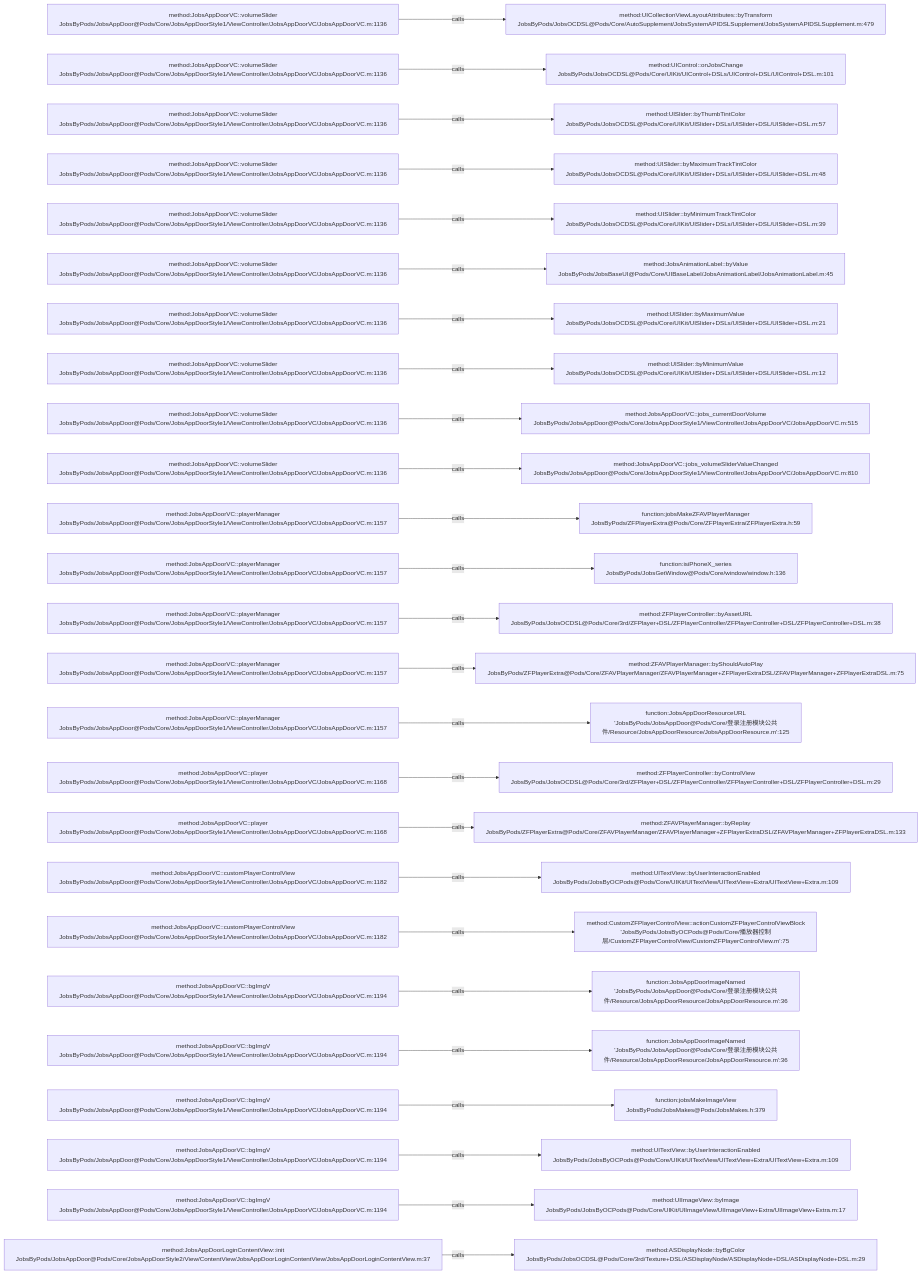
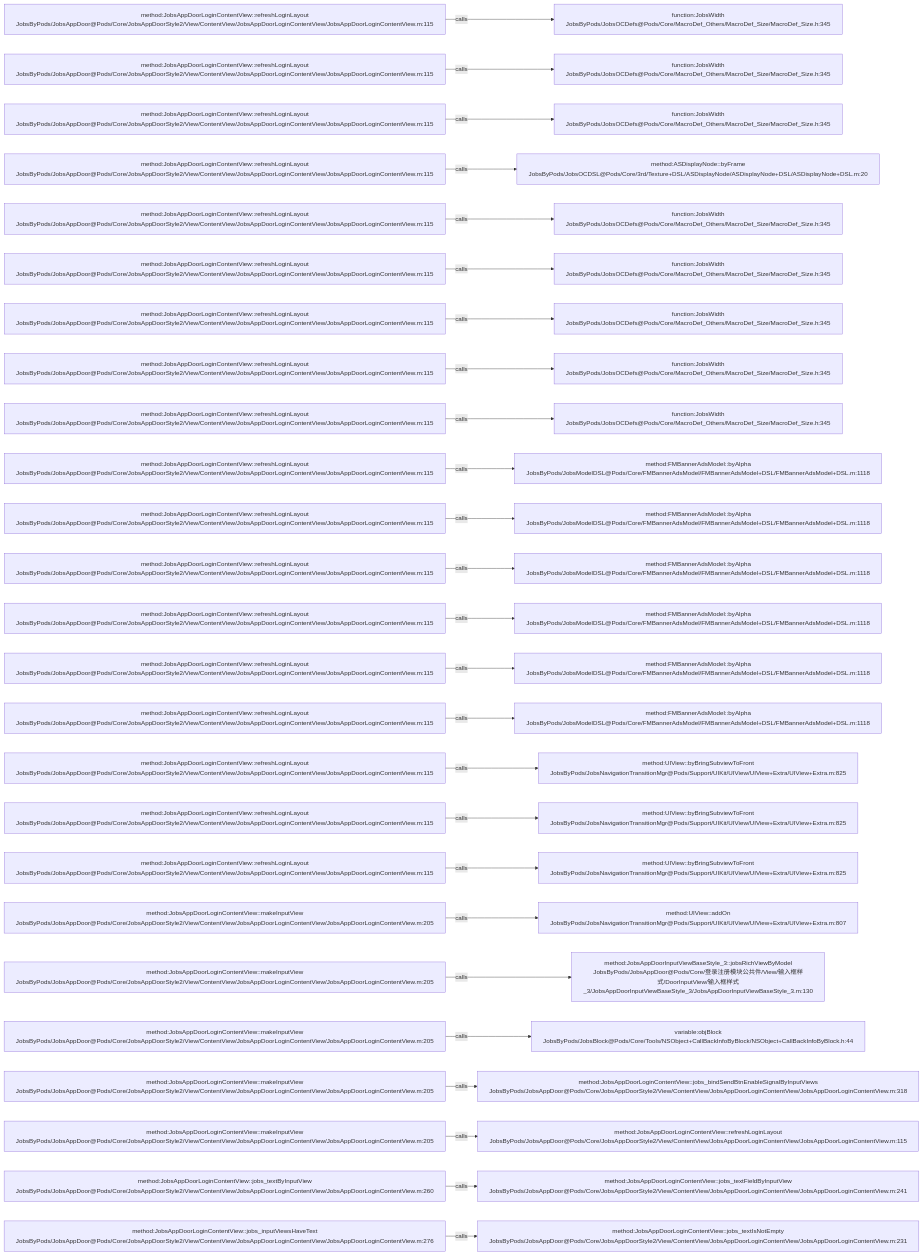
One commit to JobsKits/JobsOCBaseConfigDemo changed the diagram in .codegraph/codegraph.md/graphs/calls-119.md. Above: the diagram before and after it, drawn with Mermaid. The commit also changed 223 other files, not shown here.

````diff
--- a/.codegraph/codegraph.md/graphs/calls-119.md
+++ b/.codegraph/codegraph.md/graphs/calls-119.md
@@ -13,78 +13,78 @@
 ```mermaid
 flowchart LR
-  S1["method:JobsAppDoorVC::volumeSlider<br/>JobsByPods/JobsAppDoor@Pods/Core/JobsAppDoorStyle1/ViewController/JobsAppDoorVC/JobsAppDoorVC.m:1136"]
-  T1["method:UICollectionViewLayoutAttributes::byTransform<br/>JobsByPods/JobsOCDSL@Pods/Core/AutoSupplement/JobsSystemAPIDSLSupplement/JobsSystemAPIDSLSupplement.m:479"]
+  S1["method:JobsAppDoorLoginContentView::refreshLoginLayout<br/>JobsByPods/JobsAppDoor@Pods/Core/JobsAppDoorStyle2/View/ContentView/JobsAppDoorLoginContentView/JobsAppDoorLoginContentView.m:115"]
+  T1["function:JobsWidth<br/>JobsByPods/JobsOCDefs@Pods/Core/MacroDef_Others/MacroDef_Size/MacroDef_Size.h:345"]
   S1 -->|calls| T1
-  S2["method:JobsAppDoorVC::volumeSlider<br/>JobsByPods/JobsAppDoor@Pods/Core/JobsAppDoorStyle1/ViewController/JobsAppDoorVC/JobsAppDoorVC.m:1136"]
-  T2["method:UIControl::onJobsChange<br/>JobsByPods/JobsOCDSL@Pods/Core/UIKit/UIControl+DSLs/UIControl+DSL/UIControl+DSL.m:101"]
+  S2["method:JobsAppDoorLoginContentView::refreshLoginLayout<br/>JobsByPods/JobsAppDoor@Pods/Core/JobsAppDoorStyle2/View/ContentView/JobsAppDoorLoginContentView/JobsAppDoorLoginContentView.m:115"]
+  T2["function:JobsWidth<br/>JobsByPods/JobsOCDefs@Pods/Core/MacroDef_Others/MacroDef_Size/MacroDef_Size.h:345"]
   S2 -->|calls| T2
-  S3["method:JobsAppDoorVC::volumeSlider<br/>JobsByPods/JobsAppDoor@Pods/Core/JobsAppDoorStyle1/ViewController/JobsAppDoorVC/JobsAppDoorVC.m:1136"]
-  T3["method:UISlider::byThumbTintColor<br/>JobsByPods/JobsOCDSL@Pods/Core/UIKit/UISlider+DSLs/UISlider+DSL/UISlider+DSL.m:57"]
+  S3["method:JobsAppDoorLoginContentView::refreshLoginLayout<br/>JobsByPods/JobsAppDoor@Pods/Core/JobsAppDoorStyle2/View/ContentView/JobsAppDoorLoginContentView/JobsAppDoorLoginContentView.m:115"]
+  T3["function:JobsWidth<br/>JobsByPods/JobsOCDefs@Pods/Core/MacroDef_Others/MacroDef_Size/MacroDef_Size.h:345"]
   S3 -->|calls| T3
-  S4["method:JobsAppDoorVC::volumeSlider<br/>JobsByPods/JobsAppDoor@Pods/Core/JobsAppDoorStyle1/ViewController/JobsAppDoorVC/JobsAppDoorVC.m:1136"]
-  T4["method:UISlider::byMaximumTrackTintColor<br/>JobsByPods/JobsOCDSL@Pods/Core/UIKit/UISlider+DSLs/UISlider+DSL/UISlider+DSL.m:48"]
+  S4["method:JobsAppDoorLoginContentView::refreshLoginLayout<br/>JobsByPods/JobsAppDoor@Pods/Core/JobsAppDoorStyle2/View/ContentView/JobsAppDoorLoginContentView/JobsAppDoorLoginContentView.m:115"]
+  T4["method:ASDisplayNode::byFrame<br/>JobsByPods/JobsOCDSL@Pods/Core/3rd/Texture+DSL/ASDisplayNode/ASDisplayNode+DSL/ASDisplayNode+DSL.m:20"]
   S4 -->|calls| T4
-  S5["method:JobsAppDoorVC::volumeSlider<br/>JobsByPods/JobsAppDoor@Pods/Core/JobsAppDoorStyle1/ViewController/JobsAppDoorVC/JobsAppDoorVC.m:1136"]
-  T5["method:UISlider::byMinimumTrackTintColor<br/>JobsByPods/JobsOCDSL@Pods/Core/UIKit/UISlider+DSLs/UISlider+DSL/UISlider+DSL.m:39"]
+  S5["method:JobsAppDoorLoginContentView::refreshLoginLayout<br/>JobsByPods/JobsAppDoor@Pods/Core/JobsAppDoorStyle2/View/ContentView/JobsAppDoorLoginContentView/JobsAppDoorLoginContentView.m:115"]
+  T5["function:JobsWidth<br/>JobsByPods/JobsOCDefs@Pods/Core/MacroDef_Others/MacroDef_Size/MacroDef_Size.h:345"]
   S5 -->|calls| T5
-  S6["method:JobsAppDoorVC::volumeSlider<br/>JobsByPods/JobsAppDoor@Pods/Core/JobsAppDoorStyle1/ViewController/JobsAppDoorVC/JobsAppDoorVC.m:1136"]
-  T6["method:JobsAnimationLabel::byValue<br/>JobsByPods/JobsBaseUI@Pods/Core/UIBaseLabel/JobsAnimationLabel/JobsAnimationLabel.m:45"]
+  S6["method:JobsAppDoorLoginContentView::refreshLoginLayout<br/>JobsByPods/JobsAppDoor@Pods/Core/JobsAppDoorStyle2/View/ContentView/JobsAppDoorLoginContentView/JobsAppDoorLoginContentView.m:115"]
+  T6["function:JobsWidth<br/>JobsByPods/JobsOCDefs@Pods/Core/MacroDef_Others/MacroDef_Size/MacroDef_Size.h:345"]
   S6 -->|calls| T6
-  S7["method:JobsAppDoorVC::volumeSlider<br/>JobsByPods/JobsAppDoor@Pods/Core/JobsAppDoorStyle1/ViewController/JobsAppDoorVC/JobsAppDoorVC.m:1136"]
-  T7["method:UISlider::byMaximumValue<br/>JobsByPods/JobsOCDSL@Pods/Core/UIKit/UISlider+DSLs/UISlider+DSL/UISlider+DSL.m:21"]
+  S7["method:JobsAppDoorLoginContentView::refreshLoginLayout<br/>JobsByPods/JobsAppDoor@Pods/Core/JobsAppDoorStyle2/View/ContentView/JobsAppDoorLoginContentView/JobsAppDoorLoginContentView.m:115"]
+  T7["function:JobsWidth<br/>JobsByPods/JobsOCDefs@Pods/Core/MacroDef_Others/MacroDef_Size/MacroDef_Size.h:345"]
   S7 -->|calls| T7
-  S8["method:JobsAppDoorVC::volumeSlider<br/>JobsByPods/JobsAppDoor@Pods/Core/JobsAppDoorStyle1/ViewController/JobsAppDoorVC/JobsAppDoorVC.m:1136"]
-  T8["method:UISlider::byMinimumValue<br/>JobsByPods/JobsOCDSL@Pods/Core/UIKit/UISlider+DSLs/UISlider+DSL/UISlider+DSL.m:12"]
+  S8["method:JobsAppDoorLoginContentView::refreshLoginLayout<br/>JobsByPods/JobsAppDoor@Pods/Core/JobsAppDoorStyle2/View/ContentView/JobsAppDoorLoginContentView/JobsAppDoorLoginContentView.m:115"]
+  T8["function:JobsWidth<br/>JobsByPods/JobsOCDefs@Pods/Core/MacroDef_Others/MacroDef_Size/MacroDef_Size.h:345"]
   S8 -->|calls| T8
-  S9["method:JobsAppDoorVC::volumeSlider<br/>JobsByPods/JobsAppDoor@Pods/Core/JobsAppDoorStyle1/ViewController/JobsAppDoorVC/JobsAppDoorVC.m:1136"]
-  T9["method:JobsAppDoorVC::jobs_currentDoorVolume<br/>JobsByPods/JobsAppDoor@Pods/Core/JobsAppDoorStyle1/ViewController/JobsAppDoorVC/JobsAppDoorVC.m:515"]
+  S9["method:JobsAppDoorLoginContentView::refreshLoginLayout<br/>JobsByPods/JobsAppDoor@Pods/Core/JobsAppDoorStyle2/View/ContentView/JobsAppDoorLoginContentView/JobsAppDoorLoginContentView.m:115"]
+  T9["function:JobsWidth<br/>JobsByPods/JobsOCDefs@Pods/Core/MacroDef_Others/MacroDef_Size/MacroDef_Size.h:345"]
   S9 -->|calls| T9
-  S10["method:JobsAppDoorVC::volumeSlider<br/>JobsByPods/JobsAppDoor@Pods/Core/JobsAppDoorStyle1/ViewController/JobsAppDoorVC/JobsAppDoorVC.m:1136"]
-  T10["method:JobsAppDoorVC::jobs_volumeSliderValueChanged<br/>JobsByPods/JobsAppDoor@Pods/Core/JobsAppDoorStyle1/ViewController/JobsAppDoorVC/JobsAppDoorVC.m:810"]
+  S10["method:JobsAppDoorLoginContentView::refreshLoginLayout<br/>JobsByPods/JobsAppDoor@Pods/Core/JobsAppDoorStyle2/View/ContentView/JobsAppDoorLoginContentView/JobsAppDoorLoginContentView.m:115"]
+  T10["method:FMBannerAdsModel::byAlpha<br/>JobsByPods/JobsModelDSL@Pods/Core/FMBannerAdsModel/FMBannerAdsModel+DSL/FMBannerAdsModel+DSL.m:1118"]
   S10 -->|calls| T10
-  S11["method:JobsAppDoorVC::playerManager<br/>JobsByPods/JobsAppDoor@Pods/Core/JobsAppDoorStyle1/ViewController/JobsAppDoorVC/JobsAppDoorVC.m:1157"]
-  T11["function:jobsMakeZFAVPlayerManager<br/>JobsByPods/ZFPlayerExtra@Pods/Core/ZFPlayerExtra/ZFPlayerExtra.h:59"]
+  S11["method:JobsAppDoorLoginContentView::refreshLoginLayout<br/>JobsByPods/JobsAppDoor@Pods/Core/JobsAppDoorStyle2/View/ContentView/JobsAppDoorLoginContentView/JobsAppDoorLoginContentView.m:115"]
+  T11["method:FMBannerAdsModel::byAlpha<br/>JobsByPods/JobsModelDSL@Pods/Core/FMBannerAdsModel/FMBannerAdsModel+DSL/FMBannerAdsModel+DSL.m:1118"]
   S11 -->|calls| T11
-  S12["method:JobsAppDoorVC::playerManager<br/>JobsByPods/JobsAppDoor@Pods/Core/JobsAppDoorStyle1/ViewController/JobsAppDoorVC/JobsAppDoorVC.m:1157"]
-  T12["function:isiPhoneX_series<br/>JobsByPods/JobsGetWindow@Pods/Core/window/window.h:136"]
+  S12["method:JobsAppDoorLoginContentView::refreshLoginLayout<br/>JobsByPods/JobsAppDoor@Pods/Core/JobsAppDoorStyle2/View/ContentView/JobsAppDoorLoginContentView/JobsAppDoorLoginContentView.m:115"]
+  T12["method:FMBannerAdsModel::byAlpha<br/>JobsByPods/JobsModelDSL@Pods/Core/FMBannerAdsModel/FMBannerAdsModel+DSL/FMBannerAdsModel+DSL.m:1118"]
   S12 -->|calls| T12
-  S13["method:JobsAppDoorVC::playerManager<br/>JobsByPods/JobsAppDoor@Pods/Core/JobsAppDoorStyle1/ViewController/JobsAppDoorVC/JobsAppDoorVC.m:1157"]
-  T13["method:ZFPlayerController::byAssetURL<br/>JobsByPods/JobsOCDSL@Pods/Core/3rd/ZFPlayer+DSL/ZFPlayerController/ZFPlayerController+DSL/ZFPlayerController+DSL.m:38"]
+  S13["method:JobsAppDoorLoginContentView::refreshLoginLayout<br/>JobsByPods/JobsAppDoor@Pods/Core/JobsAppDoorStyle2/View/ContentView/JobsAppDoorLoginContentView/JobsAppDoorLoginContentView.m:115"]
+  T13["method:FMBannerAdsModel::byAlpha<br/>JobsByPods/JobsModelDSL@Pods/Core/FMBannerAdsModel/FMBannerAdsModel+DSL/FMBannerAdsModel+DSL.m:1118"]
   S13 -->|calls| T13
-  S14["method:JobsAppDoorVC::playerManager<br/>JobsByPods/JobsAppDoor@Pods/Core/JobsAppDoorStyle1/ViewController/JobsAppDoorVC/JobsAppDoorVC.m:1157"]
-  T14["method:ZFAVPlayerManager::byShouldAutoPlay<br/>JobsByPods/ZFPlayerExtra@Pods/Core/ZFAVPlayerManager/ZFAVPlayerManager+ZFPlayerExtraDSL/ZFAVPlayerManager+ZFPlayerExtraDSL.m:75"]
+  S14["method:JobsAppDoorLoginContentView::refreshLoginLayout<br/>JobsByPods/JobsAppDoor@Pods/Core/JobsAppDoorStyle2/View/ContentView/JobsAppDoorLoginContentView/JobsAppDoorLoginContentView.m:115"]
+  T14["method:FMBannerAdsModel::byAlpha<br/>JobsByPods/JobsModelDSL@Pods/Core/FMBannerAdsModel/FMBannerAdsModel+DSL/FMBannerAdsModel+DSL.m:1118"]
   S14 -->|calls| T14
-  S15["method:JobsAppDoorVC::playerManager<br/>JobsByPods/JobsAppDoor@Pods/Core/JobsAppDoorStyle1/ViewController/JobsAppDoorVC/JobsAppDoorVC.m:1157"]
-  T15["function:JobsAppDoorResourceURL<br/>'JobsByPods/JobsAppDoor@Pods/Core/登录注册模块公共件/Resource/JobsAppDoorResource/JobsAppDoorResource.m':125"]
+  S15["method:JobsAppDoorLoginContentView::refreshLoginLayout<br/>JobsByPods/JobsAppDoor@Pods/Core/JobsAppDoorStyle2/View/ContentView/JobsAppDoorLoginContentView/JobsAppDoorLoginContentView.m:115"]
+  T15["method:FMBannerAdsModel::byAlpha<br/>JobsByPods/JobsModelDSL@Pods/Core/FMBannerAdsModel/FMBannerAdsModel+DSL/FMBannerAdsModel+DSL.m:1118"]
   S15 -->|calls| T15
-  S16["method:JobsAppDoorVC::player<br/>JobsByPods/JobsAppDoor@Pods/Core/JobsAppDoorStyle1/ViewController/JobsAppDoorVC/JobsAppDoorVC.m:1168"]
-  T16["method:ZFPlayerController::byControlView<br/>JobsByPods/JobsOCDSL@Pods/Core/3rd/ZFPlayer+DSL/ZFPlayerController/ZFPlayerController+DSL/ZFPlayerController+DSL.m:29"]
+  S16["method:JobsAppDoorLoginContentView::refreshLoginLayout<br/>JobsByPods/JobsAppDoor@Pods/Core/JobsAppDoorStyle2/View/ContentView/JobsAppDoorLoginContentView/JobsAppDoorLoginContentView.m:115"]
+  T16["method:UIView::byBringSubviewToFront<br/>JobsByPods/JobsNavigationTransitionMgr@Pods/Support/UIKit/UIView/UIView+Extra/UIView+Extra.m:825"]
   S16 -->|calls| T16
-  S17["method:JobsAppDoorVC::player<br/>JobsByPods/JobsAppDoor@Pods/Core/JobsAppDoorStyle1/ViewController/JobsAppDoorVC/JobsAppDoorVC.m:1168"]
-  T17["method:ZFAVPlayerManager::byReplay<br/>JobsByPods/ZFPlayerExtra@Pods/Core/ZFAVPlayerManager/ZFAVPlayerManager+ZFPlayerExtraDSL/ZFAVPlayerManager+ZFPlayerExtraDSL.m:133"]
+  S17["method:JobsAppDoorLoginContentView::refreshLoginLayout<br/>JobsByPods/JobsAppDoor@Pods/Core/JobsAppDoorStyle2/View/ContentView/JobsAppDoorLoginContentView/JobsAppDoorLoginContentView.m:115"]
+  T17["method:UIView::byBringSubviewToFront<br/>JobsByPods/JobsNavigationTransitionMgr@Pods/Support/UIKit/UIView/UIView+Extra/UIView+Extra.m:825"]
   S17 -->|calls| T17
-  S18["method:JobsAppDoorVC::customPlayerControlView<br/>JobsByPods/JobsAppDoor@Pods/Core/JobsAppDoorStyle1/ViewController/JobsAppDoorVC/JobsAppDoorVC.m:1182"]
-  T18["method:UITextView::byUserInteractionEnabled<br/>JobsByPods/JobsByOCPods@Pods/Core/UIKit/UITextView/UITextView+Extra/UITextView+Extra.m:109"]
+  S18["method:JobsAppDoorLoginContentView::refreshLoginLayout<br/>JobsByPods/JobsAppDoor@Pods/Core/JobsAppDoorStyle2/View/ContentView/JobsAppDoorLoginContentView/JobsAppDoorLoginContentView.m:115"]
+  T18["method:UIView::byBringSubviewToFront<br/>JobsByPods/JobsNavigationTransitionMgr@Pods/Support/UIKit/UIView/UIView+Extra/UIView+Extra.m:825"]
   S18 -->|calls| T18
-  S19["method:JobsAppDoorVC::customPlayerControlView<br/>JobsByPods/JobsAppDoor@Pods/Core/JobsAppDoorStyle1/ViewController/JobsAppDoorVC/JobsAppDoorVC.m:1182"]
-  T19["method:CustomZFPlayerControlView::actionCustomZFPlayerControlViewBlock<br/>'JobsByPods/JobsByOCPods@Pods/Core/播放器控制层/CustomZFPlayerControlView/CustomZFPlayerControlView.m':75"]
+  S19["method:JobsAppDoorLoginContentView::makeInputView<br/>JobsByPods/JobsAppDoor@Pods/Core/JobsAppDoorStyle2/View/ContentView/JobsAppDoorLoginContentView/JobsAppDoorLoginContentView.m:205"]
+  T19["method:UIView::addOn<br/>JobsByPods/JobsNavigationTransitionMgr@Pods/Support/UIKit/UIView/UIView+Extra/UIView+Extra.m:807"]
   S19 -->|calls| T19
-  S20["method:JobsAppDoorVC::bgImgV<br/>JobsByPods/JobsAppDoor@Pods/Core/JobsAppDoorStyle1/ViewController/JobsAppDoorVC/JobsAppDoorVC.m:1194"]
-  T20["function:JobsAppDoorImageNamed<br/>'JobsByPods/JobsAppDoor@Pods/Core/登录注册模块公共件/Resource/JobsAppDoorResource/JobsAppDoorResource.m':36"]
+  S20["method:JobsAppDoorLoginContentView::makeInputView<br/>JobsByPods/JobsAppDoor@Pods/Core/JobsAppDoorStyle2/View/ContentView/JobsAppDoorLoginContentView/JobsAppDoorLoginContentView.m:205"]
+  T20["method:JobsAppDoorInputViewBaseStyle_3::jobsRichViewByModel<br/>JobsByPods/JobsAppDoor@Pods/Core/登录注册模块公共件/View/输入框样式/DoorInputView/输入框样式_3/JobsAppDoorInputViewBaseStyle_3/JobsAppDoorInputViewBaseStyle_3.m:130"]
   S20 -->|calls| T20
-  S21["method:JobsAppDoorVC::bgImgV<br/>JobsByPods/JobsAppDoor@Pods/Core/JobsAppDoorStyle1/ViewController/JobsAppDoorVC/JobsAppDoorVC.m:1194"]
-  T21["function:JobsAppDoorImageNamed<br/>'JobsByPods/JobsAppDoor@Pods/Core/登录注册模块公共件/Resource/JobsAppDoorResource/JobsAppDoorResource.m':36"]
+  S21["method:JobsAppDoorLoginContentView::makeInputView<br/>JobsByPods/JobsAppDoor@Pods/Core/JobsAppDoorStyle2/View/ContentView/JobsAppDoorLoginContentView/JobsAppDoorLoginContentView.m:205"]
+  T21["variable:objBlock<br/>JobsByPods/JobsBlock@Pods/Core/Tools/NSObject+CallBackInfoByBlock/NSObject+CallBackInfoByBlock.h:44"]
   S21 -->|calls| T21
-  S22["method:JobsAppDoorVC::bgImgV<br/>JobsByPods/JobsAppDoor@Pods/Core/JobsAppDoorStyle1/ViewController/JobsAppDoorVC/JobsAppDoorVC.m:1194"]
-  T22["function:jobsMakeImageView<br/>JobsByPods/JobsMakes@Pods/JobsMakes.h:379"]
+  S22["method:JobsAppDoorLoginContentView::makeInputView<br/>JobsByPods/JobsAppDoor@Pods/Core/JobsAppDoorStyle2/View/ContentView/JobsAppDoorLoginContentView/JobsAppDoorLoginContentView.m:205"]
+  T22["method:JobsAppDoorLoginContentView::jobs_bindSendBtnEnableSignalByInputViews<br/>JobsByPods/JobsAppDoor@Pods/Core/JobsAppDoorStyle2/View/ContentView/JobsAppDoorLoginContentView/JobsAppDoorLoginContentView.m:318"]
   S22 -->|calls| T22
-  S23["method:JobsAppDoorVC::bgImgV<br/>JobsByPods/JobsAppDoor@Pods/Core/JobsAppDoorStyle1/ViewController/JobsAppDoorVC/JobsAppDoorVC.m:1194"]
-  T23["method:UITextView::byUserInteractionEnabled<br/>JobsByPods/JobsByOCPods@Pods/Core/UIKit/UITextView/UITextView+Extra/UITextView+Extra.m:109"]
+  S23["method:JobsAppDoorLoginContentView::makeInputView<br/>JobsByPods/JobsAppDoor@Pods/Core/JobsAppDoorStyle2/View/ContentView/JobsAppDoorLoginContentView/JobsAppDoorLoginContentView.m:205"]
+  T23["method:JobsAppDoorLoginContentView::refreshLoginLayout<br/>JobsByPods/JobsAppDoor@Pods/Core/JobsAppDoorStyle2/View/ContentView/JobsAppDoorLoginContentView/JobsAppDoorLoginContentView.m:115"]
   S23 -->|calls| T23
-  S24["method:JobsAppDoorVC::bgImgV<br/>JobsByPods/JobsAppDoor@Pods/Core/JobsAppDoorStyle1/ViewController/JobsAppDoorVC/JobsAppDoorVC.m:1194"]
-  T24["method:UIImageView::byImage<br/>JobsByPods/JobsByOCPods@Pods/Core/UIKit/UIImageView/UIImageView+Extra/UIImageView+Extra.m:17"]
+  S24["method:JobsAppDoorLoginContentView::jobs_textByInputView<br/>JobsByPods/JobsAppDoor@Pods/Core/JobsAppDoorStyle2/View/ContentView/JobsAppDoorLoginContentView/JobsAppDoorLoginContentView.m:260"]
+  T24["method:JobsAppDoorLoginContentView::jobs_textFieldByInputView<br/>JobsByPods/JobsAppDoor@Pods/Core/JobsAppDoorStyle2/View/ContentView/JobsAppDoorLoginContentView/JobsAppDoorLoginContentView.m:241"]
   S24 -->|calls| T24
-  S25["method:JobsAppDoorLoginContentView::init<br/>JobsByPods/JobsAppDoor@Pods/Core/JobsAppDoorStyle2/View/ContentView/JobsAppDoorLoginContentView/JobsAppDoorLoginContentView.m:37"]
-  T25["method:ASDisplayNode::byBgColor<br/>JobsByPods/JobsOCDSL@Pods/Core/3rd/Texture+DSL/ASDisplayNode/ASDisplayNode+DSL/ASDisplayNode+DSL.m:29"]
+  S25["method:JobsAppDoorLoginContentView::jobs_inputViewsHaveText<br/>JobsByPods/JobsAppDoor@Pods/Core/JobsAppDoorStyle2/View/ContentView/JobsAppDoorLoginContentView/JobsAppDoorLoginContentView.m:276"]
+  T25["method:JobsAppDoorLoginContentView::jobs_textIsNotEmpty<br/>JobsByPods/JobsAppDoor@Pods/Core/JobsAppDoorStyle2/View/ContentView/JobsAppDoorLoginContentView/JobsAppDoorLoginContentView.m:231"]
   S25 -->|calls| T25
 ```
````
